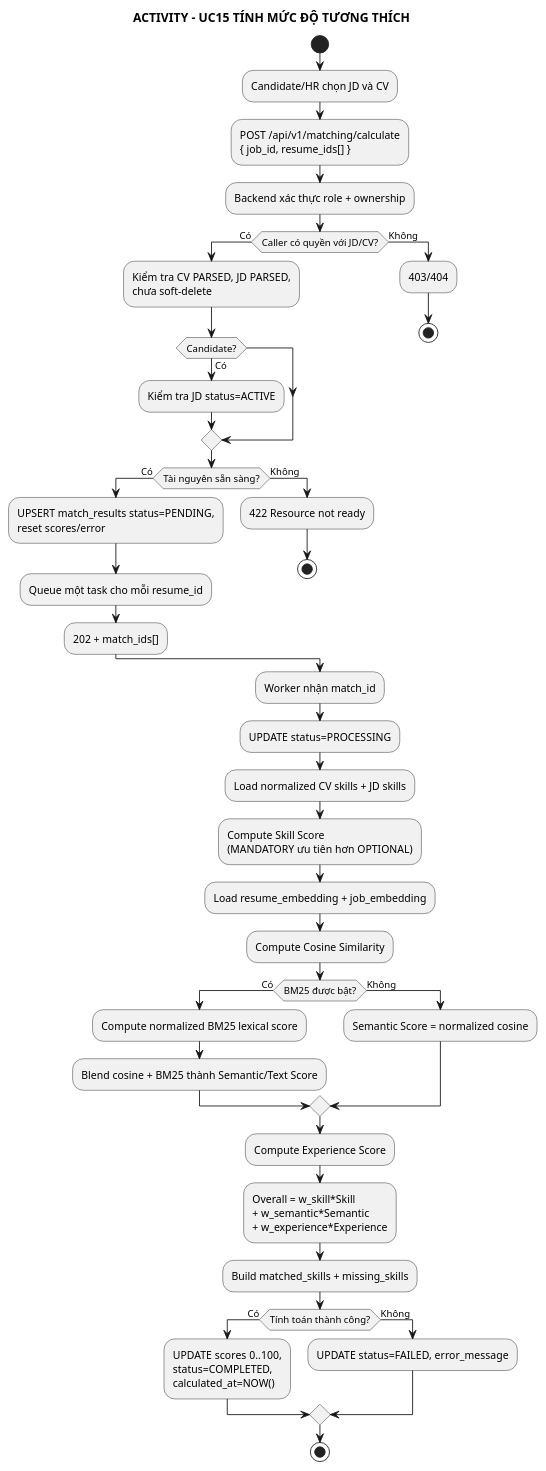
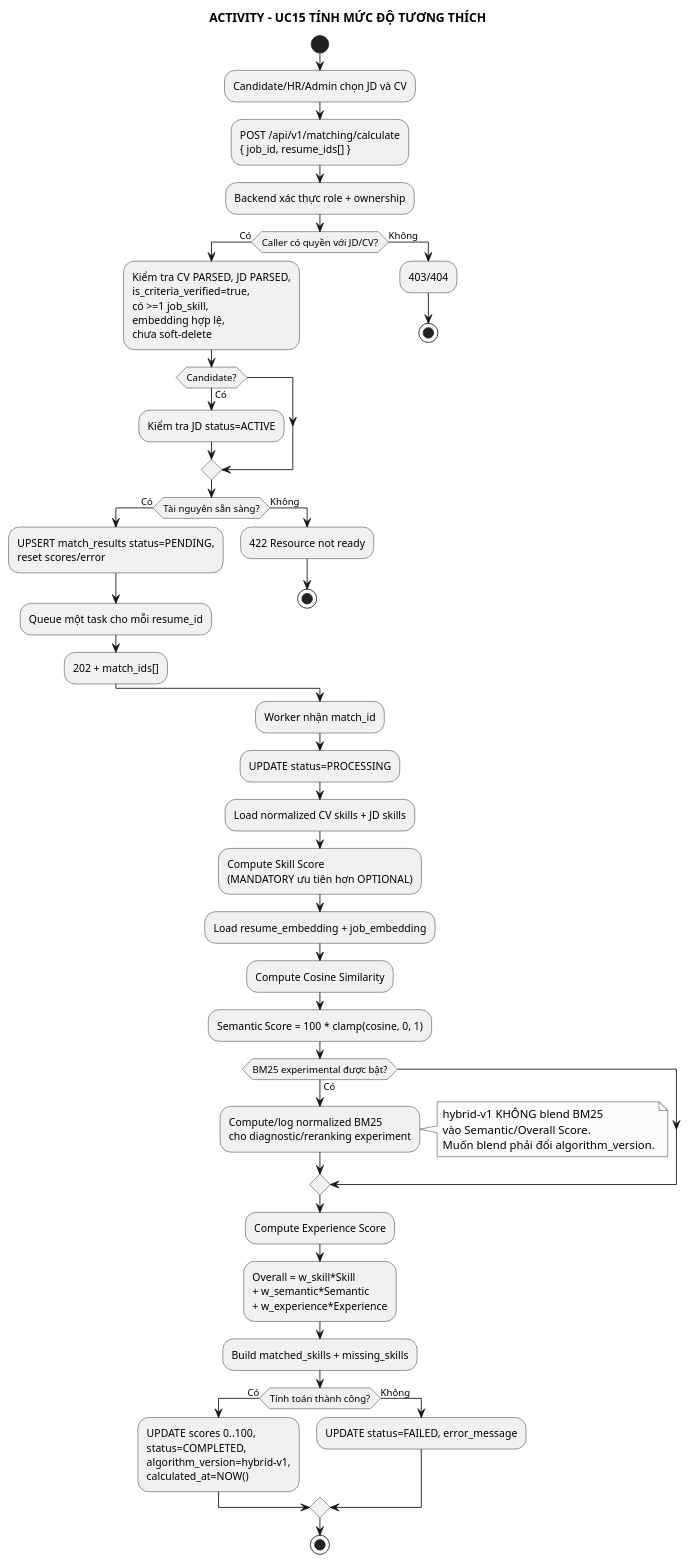
Before and after one commit to anh632k-ui/WebCVUngVienTuyenDung: the diagram in docs/03_activity/act_uc15_matching.puml, drawn with PlantUML.

Commit message:
docs(pttk): align matching activity with verified criteria and hybrid-v1

```diff
--- a/docs/03_activity/act_uc15_matching.puml
+++ b/docs/03_activity/act_uc15_matching.puml
@@ -1,58 +1,66 @@
 @startuml
 skinparam monochrome true
 skinparam shadowing false
 
 title ACTIVITY - UC15 TÍNH MỨC ĐỘ TƯƠNG THÍCH
 
 start
-:Candidate/HR chọn JD và CV;
+:Candidate/HR/Admin chọn JD và CV;
 :POST /api/v1/matching/calculate
 { job_id, resume_ids[] };
 :Backend xác thực role + ownership;
 if (Caller có quyền với JD/CV?) then (Có)
   :Kiểm tra CV PARSED, JD PARSED,
+  is_criteria_verified=true,
+  có >=1 job_skill,
+  embedding hợp lệ,
   chưa soft-delete;
   if (Candidate?) then (Có)
     :Kiểm tra JD status=ACTIVE;
   endif
   if (Tài nguyên sẵn sàng?) then (Có)
     :UPSERT match_results status=PENDING,
     reset scores/error;
     :Queue một task cho mỗi resume_id;
     :202 + match_ids[];
   else (Không)
     :422 Resource not ready;
     stop
   endif
 else (Không)
   :403/404;
   stop
 endif
 
 :Worker nhận match_id;
 :UPDATE status=PROCESSING;
 :Load normalized CV skills + JD skills;
 :Compute Skill Score
 (MANDATORY ưu tiên hơn OPTIONAL);
 :Load resume_embedding + job_embedding;
 :Compute Cosine Similarity;
-if (BM25 được bật?) then (Có)
-  :Compute normalized BM25 lexical score;
-  :Blend cosine + BM25 thành Semantic/Text Score;
-else (Không)
-  :Semantic Score = normalized cosine;
+:Semantic Score = 100 * clamp(cosine, 0, 1);
+if (BM25 experimental được bật?) then (Có)
+  :Compute/log normalized BM25
+cho diagnostic/reranking experiment;
+  note right
+    hybrid-v1 KHÔNG blend BM25
+    vào Semantic/Overall Score.
+    Muốn blend phải đổi algorithm_version.
+  end note
 endif
 :Compute Experience Score;
 :Overall = w_skill*Skill
 + w_semantic*Semantic
 + w_experience*Experience;
 :Build matched_skills + missing_skills;
 if (Tính toán thành công?) then (Có)
   :UPDATE scores 0..100,
   status=COMPLETED,
+  algorithm_version=hybrid-v1,
   calculated_at=NOW();
 else (Không)
   :UPDATE status=FAILED, error_message;
 endif
 stop
 @enduml
```
